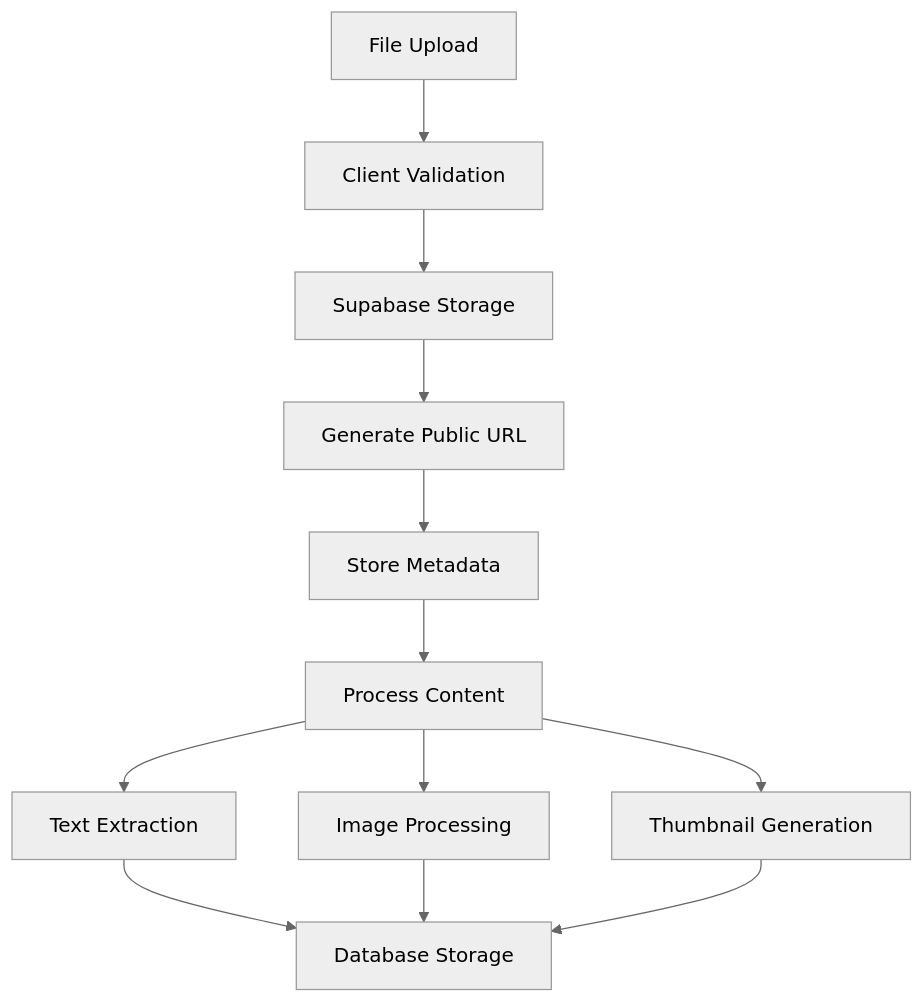
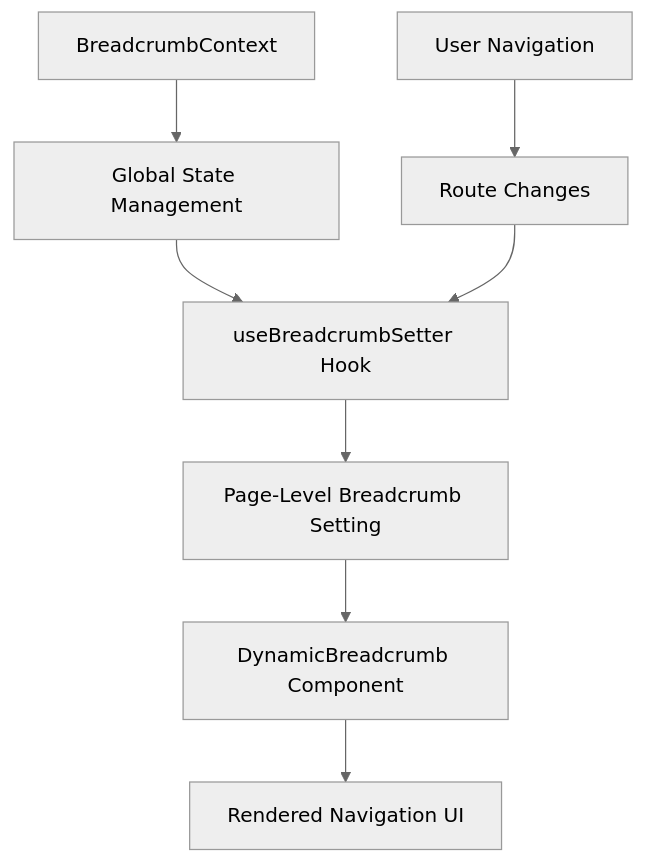
Before and after one commit to opprfloris/oppr-training-nexus: the ninth of 10 diagrams in TECHNICAL_DOCUMENTATION.md, drawn with Mermaid (neutral theme). The commit also changed other lines of this file, not shown here.

````diff
--- a/TECHNICAL_DOCUMENTATION.md
+++ b/TECHNICAL_DOCUMENTATION.md
@@ -399,16 +483,11 @@
 ```mermaid
 graph TB
-    A[File Upload] --> B[Client Validation]
-    B --> C[Supabase Storage]
-    C --> D[Generate Public URL]
-    D --> E[Store Metadata]
-    E --> F[Process Content]
+    A[BreadcrumbContext] --> B[Global State Management]
+    B --> C[useBreadcrumbSetter Hook]
+    C --> D[Page-Level Breadcrumb Setting]
+    D --> E[DynamicBreadcrumb Component]
+    E --> F[Rendered Navigation UI]
     
-    F --> G[Text Extraction]
-    F --> H[Image Processing]
-    F --> I[Thumbnail Generation]
-    
-    G --> J[Database Storage]
-    H --> J
-    I --> J
+    G[Route Changes] --> C
+    H[User Navigation] --> G
 ```
````
